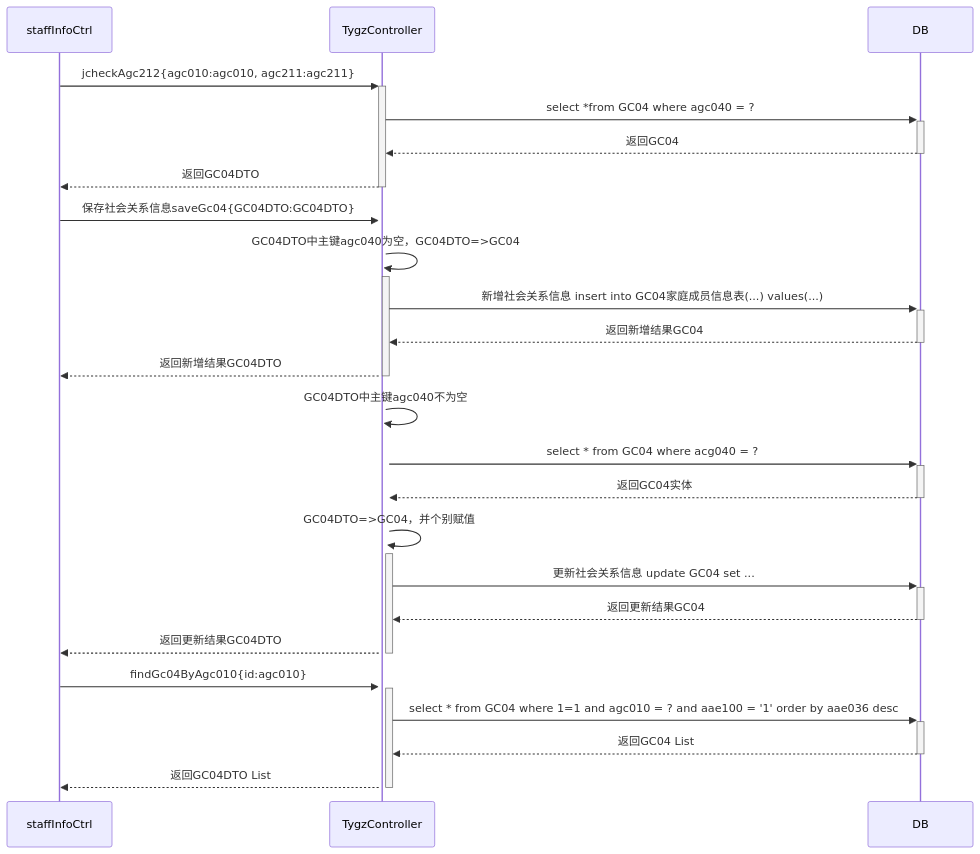
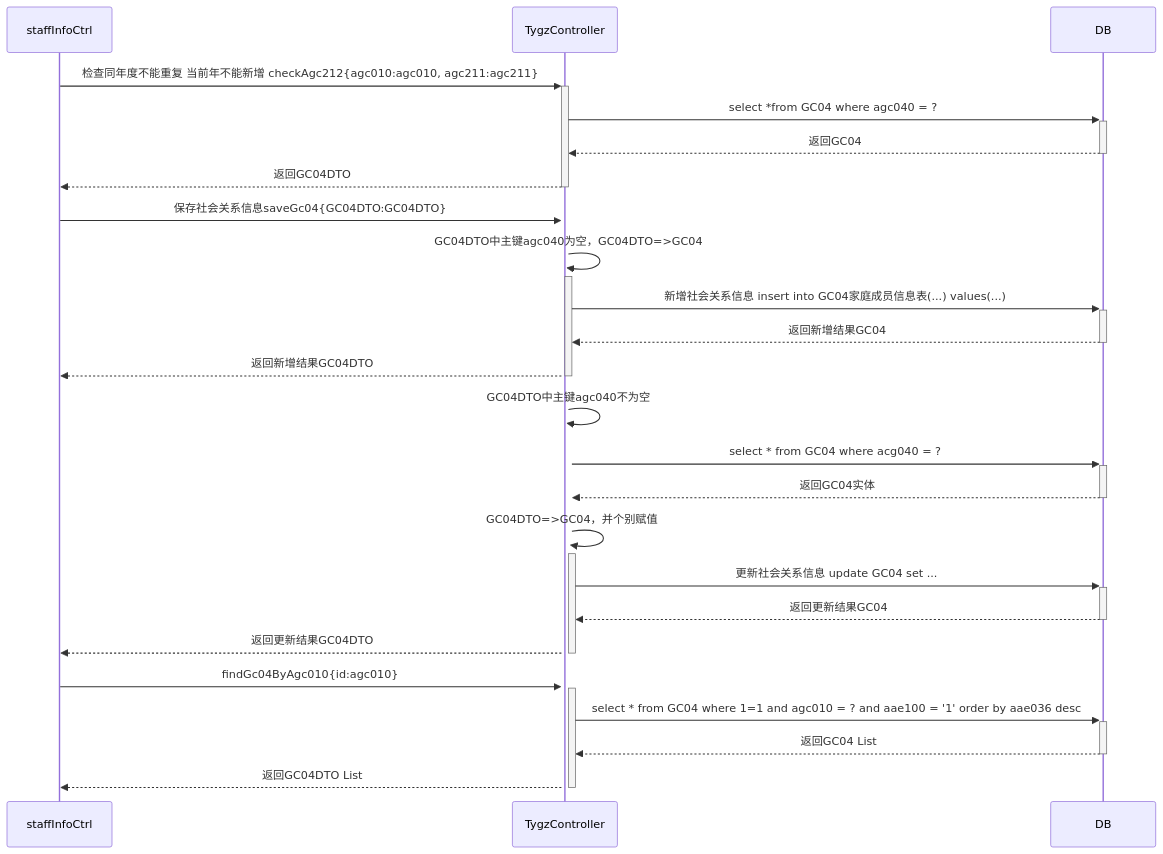
Before and after one commit to ZhangJianBeiJing/iodraw-files: the diagram in all/人员考核信息新增按钮的调用业务流程.md, drawn with Mermaid.

Commit message:
2025-03-25 17:53:25 update

````diff
--- a/all/人员考核信息新增按钮的调用业务流程.md
+++ b/all/人员考核信息新增按钮的调用业务流程.md
@@ -1,24 +1,24 @@
 ```mermaid
 sequenceDiagram
-    staffInfoCtrl->>+TygzController:jcheckAgc212{agc010:agc010, agc211:agc211}
+    staffInfoCtrl->>+TygzController:检查同年度不能重复 当前年不能新增 checkAgc212{agc010:agc010, agc211:agc211}
     TygzController->>+DB:select *from GC04 where agc040 = ?
     DB-->>-TygzController:返回GC04
     TygzController-->>-staffInfoCtrl:返回GC04DTO
     staffInfoCtrl->>+TygzController:保存社会关系信息saveGc04{GC04DTO:GC04DTO}
     TygzController->>+TygzController:GC04DTO中主键agc040为空，GC04DTO=>GC04
     TygzController->>+DB:新增社会关系信息 insert into GC04家庭成员信息表(...) values(...)
     DB-->>-TygzController:返回新增结果GC04
     TygzController-->>-staffInfoCtrl:返回新增结果GC04DTO
     TygzController->>+TygzController:GC04DTO中主键agc040不为空
     TygzController->>+DB:select * from GC04 where acg040 = ?
     DB-->>-TygzController:返回GC04实体
     TygzController->>+TygzController:GC04DTO=>GC04，并个别赋值
     TygzController->>+DB:更新社会关系信息 update GC04 set ...
     DB-->>-TygzController:返回更新结果GC04
     TygzController-->>-staffInfoCtrl:返回更新结果GC04DTO
 
     staffInfoCtrl->>+TygzController:findGc04ByAgc010{id:agc010}
     TygzController->>+DB:select * from GC04 where 1=1 and agc010 = ? and aae100 = '1' order by aae036 desc
     DB-->>-TygzController:返回GC04 List
     TygzController-->>-staffInfoCtrl:返回GC04DTO List
 ```
````
